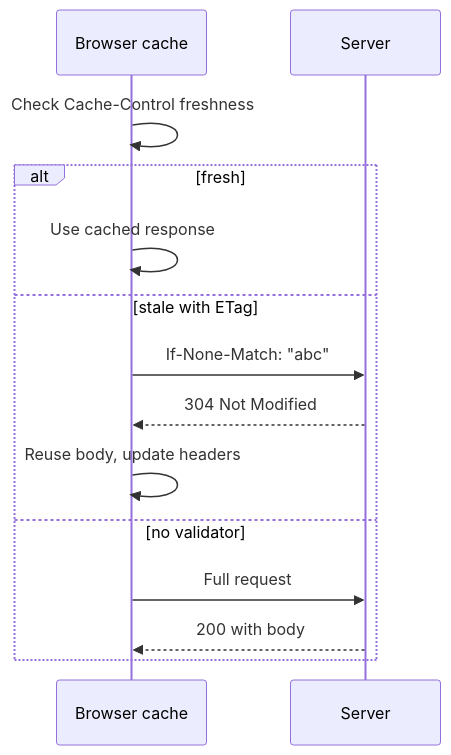
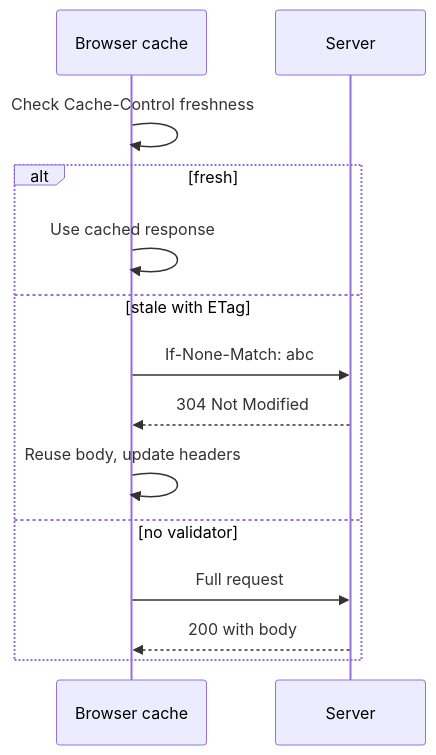
One commit to vabs/vabs.github.io changed the diagram in content/post/etag-vs-cache-control.md. Above: the diagram before and after it, drawn with Mermaid. The commit also changed other lines of this file and 87 other files, not shown here.

First line of the commit message:
Fix: Readable mermaid diagrams and fact-check blog posts

```diff
--- a/content/post/etag-vs-cache-control.md
+++ b/content/post/etag-vs-cache-control.md
@@ -14,16 +14,16 @@
 {{< mermaid >}}
 sequenceDiagram
     participant B as Browser cache
     participant S as Server
     B->>B: Check Cache-Control freshness
     alt fresh
         B->>B: Use cached response
     else stale with ETag
-        B->>S: If-None-Match: "abc"
+        B->>S: If-None-Match: abc
         S-->>B: 304 Not Modified
         B->>B: Reuse body, update headers
     else no validator
         B->>S: Full request
         S-->>B: 200 with body
     end
 {{< /mermaid >}}
```
